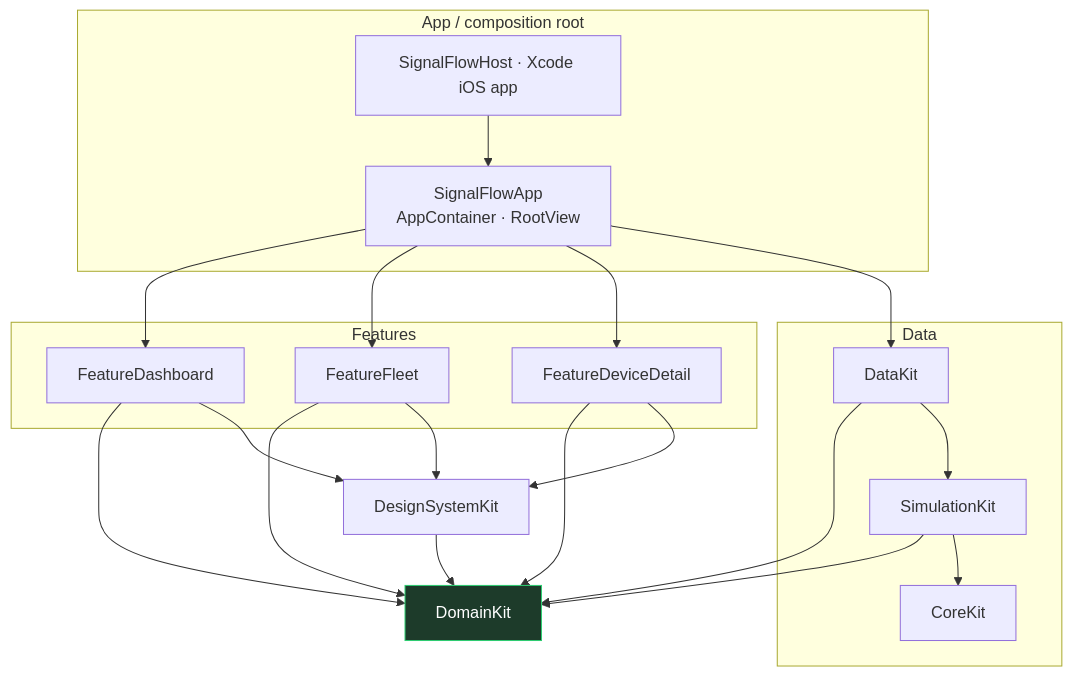
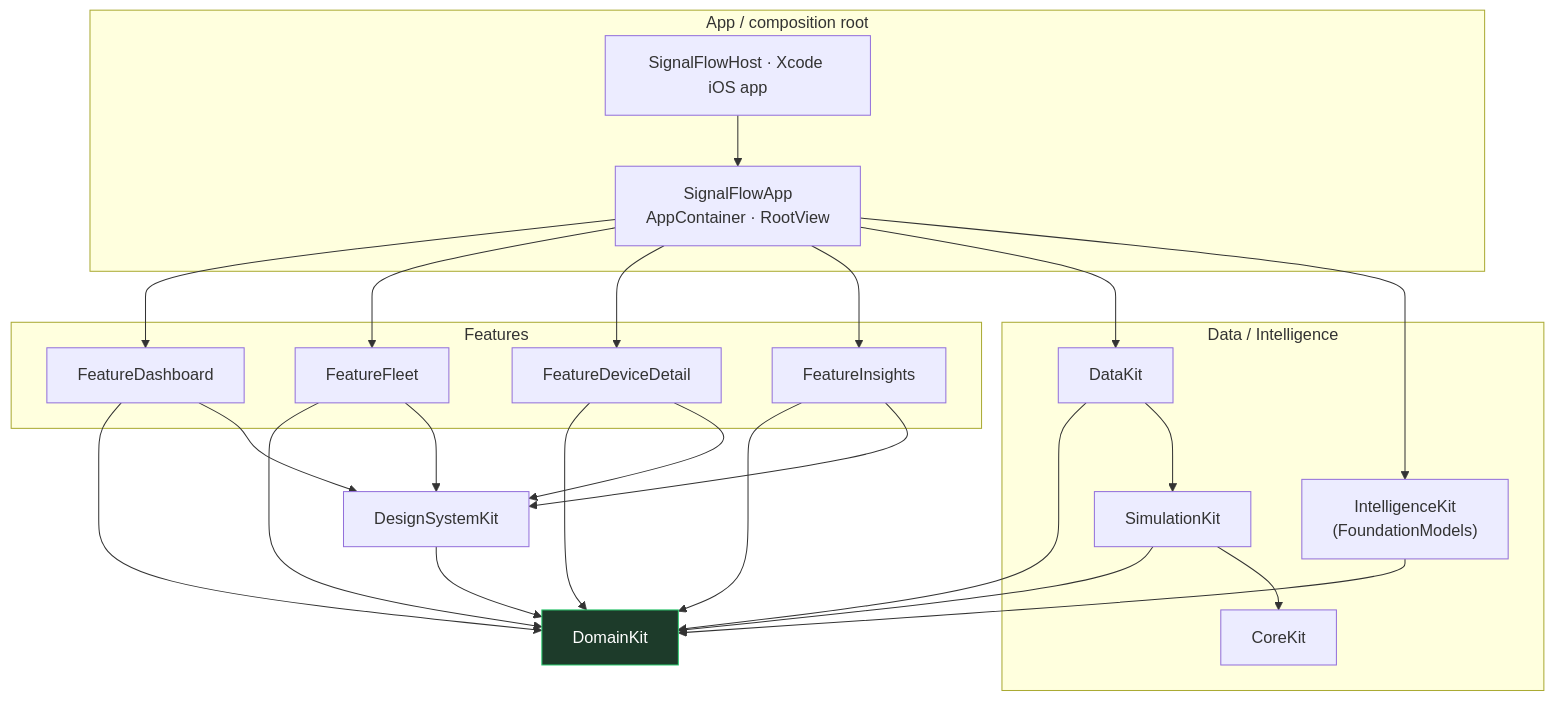
One commit to donatogomez/signal-flow changed the second of 2 diagrams in README.md. Above: the diagram before and after it, drawn with Mermaid. The commit also changed other lines of this file and 28 other files, not shown here.

First line of the commit message:
Implement Foundation Models insights (#8)

````diff
--- a/README.md
+++ b/README.md
@@ -127,33 +128,37 @@
 ```mermaid
 flowchart TD
     subgraph AppLayer["App / composition root"]
         HOST["SignalFlowHost · Xcode iOS app"]
         APPLIB["SignalFlowApp<br/>AppContainer · RootView"]
     end
     subgraph FeatureLayer["Features"]
         F1[FeatureDashboard]
         F2[FeatureFleet]
         F3[FeatureDeviceDetail]
+        F4[FeatureInsights]
     end
     DS[DesignSystemKit]
-    subgraph DataLayer["Data"]
+    subgraph DataLayer["Data / Intelligence"]
         DK[DataKit]
+        INTEL["IntelligenceKit<br/>(FoundationModels)"]
         SIM[SimulationKit]
         CORE[CoreKit]
     end
     DOM[DomainKit]
 
     HOST --> APPLIB
-    APPLIB --> F1 & F2 & F3
+    APPLIB --> F1 & F2 & F3 & F4
     APPLIB --> DK
-    F1 & F2 & F3 --> DOM
-    F1 & F2 & F3 --> DS
+    APPLIB --> INTEL
+    F1 & F2 & F3 & F4 --> DOM
+    F1 & F2 & F3 & F4 --> DS
     DS --> DOM
     DK --> DOM
+    INTEL --> DOM
     DK --> SIM
     SIM --> DOM
     SIM --> CORE
 
     classDef domain fill:#1d3b2a,stroke:#2ecc71,color:#fff;
     class DOM domain;
 ```
````
